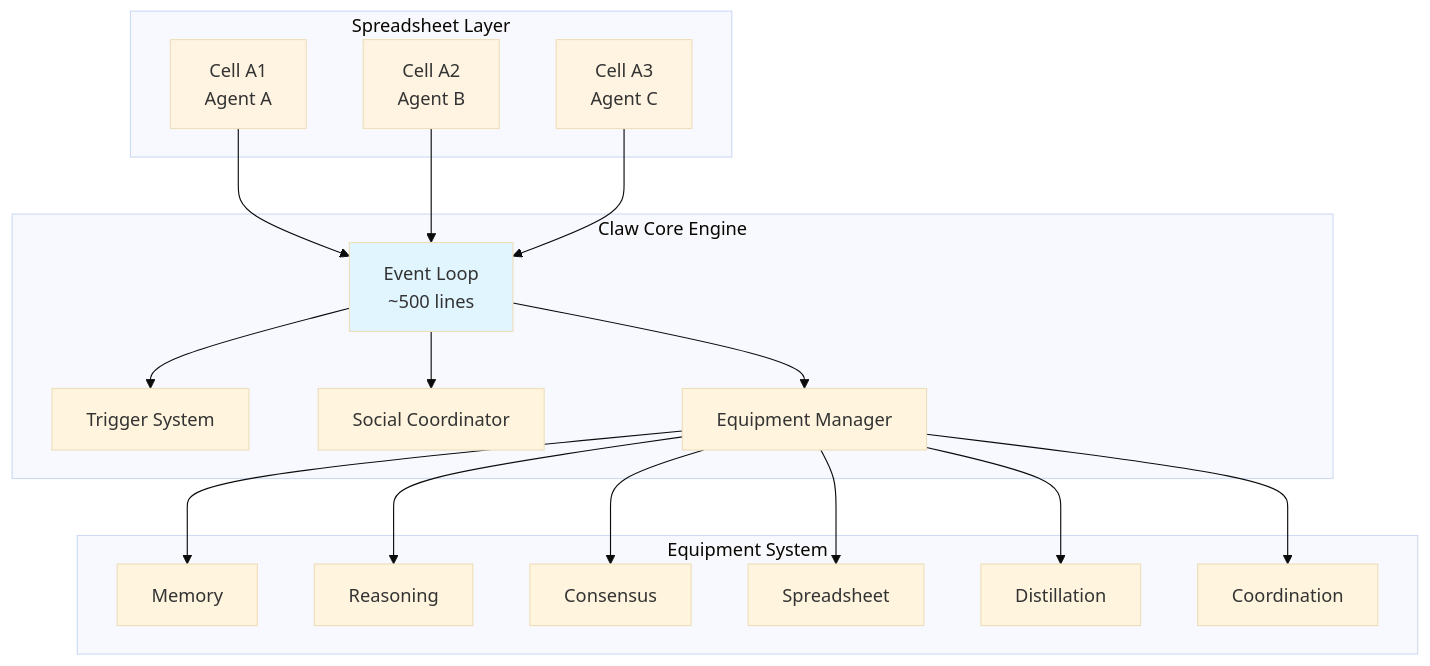
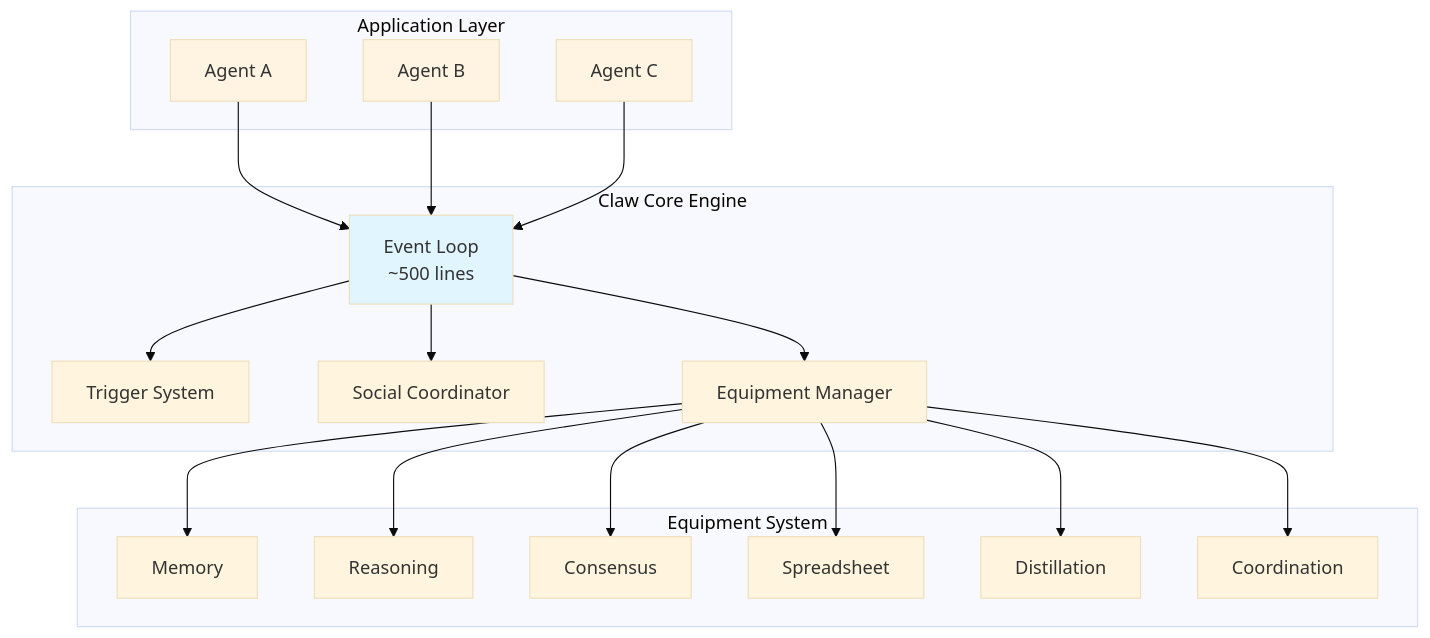
One commit to SuperInstance/claw changed the first of 6 diagrams in README.md. Above: the diagram before and after it, drawn with Mermaid (base theme). The commit also changed other lines of this file and 1 other file, not shown here.

First line of the commit message:
docs: Apply 90/10 rule - generalize as standalone cellular agent engine

````diff
--- a/README.md
+++ b/README.md
@@ -95,42 +96,42 @@
 ```mermaid
 graph TB
-    subgraph Spreadsheet["Spreadsheet Layer"]
-        A1[Cell A1<br/>Agent A]
-        A2[Cell A2<br/>Agent B]
-        A3[Cell A3<br/>Agent C]
+    subgraph Application["Application Layer"]
+        A1[Agent A]
+        A2[Agent B]
+        A3[Agent C]
     end
 
     subgraph Core["Claw Core Engine"]
         EL[Event Loop<br/>~500 lines]
         TS[Trigger System]
         SC[Social Coordinator]
         EM[Equipment Manager]
     end
 
     subgraph Equipment["Equipment System"]
         MEM[Memory]
         REAS[Reasoning]
         CON[Consensus]
         SPREAD[Spreadsheet]
         DIST[Distillation]
         COORD[Coordination]
     end
 
     A1 --> EL
     A2 --> EL
     A3 --> EL
     EL --> TS
     EL --> SC
     EL --> EM
     EM --> MEM
     EM --> REAS
     EM --> CON
     EM --> SPREAD
     EM --> DIST
     EM --> COORD
 
     style EL fill:#e1f5ff
     style A1 fill:#fff4e1
     style A2 fill:#fff4e1
     style A3 fill:#fff4e1
 ```
````
